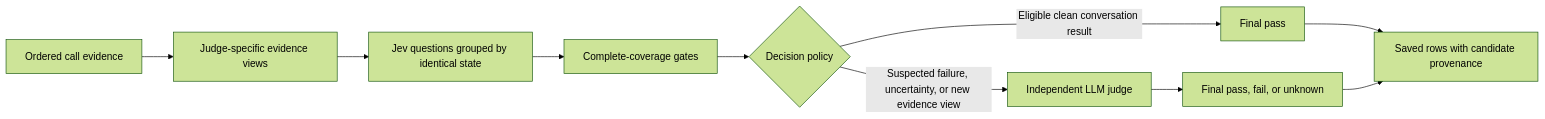
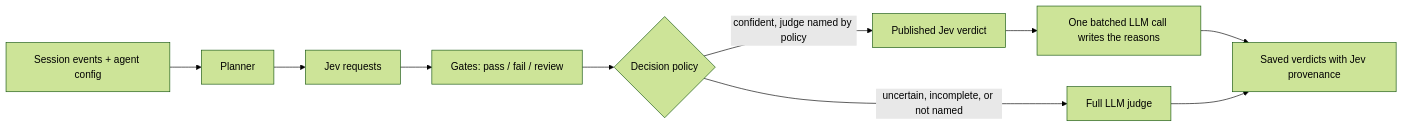
Before and after one commit to plivo-labs/agent-observability: the diagram in docs/evals-evidence-first.md, drawn with Mermaid (forest theme). The commit also changed other lines of this file and 41 other files, not shown here.

First line of the commit message:
jev: bring the prod review fixes to dev

````diff
--- a/docs/evals-evidence-first.md
+++ b/docs/evals-evidence-first.md
@@ -9,12 +5,12 @@
 ```mermaid
 flowchart LR
-  A[Ordered call evidence] --> B[Judge-specific evidence views]
-  B --> C[Jev questions grouped by identical state]
-  C --> D[Complete-coverage gates]
+  A[Session events + agent config] --> B[Planner]
+  B --> C[Jev requests]
+  C --> D[Gates: pass / fail / review]
   D --> E{Decision policy}
-  E -->|Eligible clean conversation result| F[Final pass]
-  E -->|Suspected failure, uncertainty, or new evidence view| G[Independent LLM judge]
-  G --> H[Final pass, fail, or unknown]
-  F --> I[Saved rows with candidate provenance]
-  H --> I
+  E -->|confident, judge named by policy| F[Published Jev verdict]
+  E -->|uncertain, incomplete, or not named| G[Full LLM judge]
+  F --> H[One batched LLM call writes the reasons]
+  H --> I[Saved verdicts with Jev provenance]
+  G --> I
 ```
````
